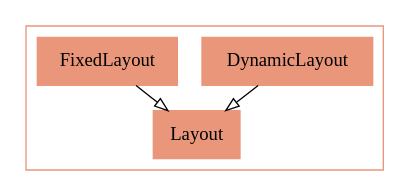
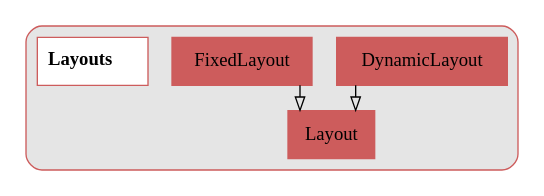
Before and after one commit to UWB-Biocomputing/BrainGrid: the diagram in Tools/DiagramGenerator/ExampleOutputs/dot_subsystems/Layouts.dot, drawn with Graphviz. The commit also changed 28 other files, not shown here.

First line of the commit message:
dotGenerator update, new diagrams

```diff
--- a/Tools/DiagramGenerator/ExampleOutputs/dot_subsystems/Layouts.dot
+++ b/Tools/DiagramGenerator/ExampleOutputs/dot_subsystems/Layouts.dot
@@ -1,31 +1,35 @@
 digraph{
+	 graph [splines=ortho]
 
 	subgraph clusterLayouts {
-		color = darksalmon
-		node [shape = record, color = darksalmon];
+		style = rounded
+		bgcolor = grey90
+		color = indianred
+		node [shape = record, color = indianred];
 
 		DynamicLayout[label = DynamicLayout, style = filled];
 		FixedLayout[label = FixedLayout, style = filled];
 		Layout[label = Layout, style = filled];
+		Layouts[label =< <B> Layouts</B>>, style = bold, fillcolor = white, style = filled];
 
 
 		//------LAYOUT FOR SUBGRAPH------
 
 
 		rankdir = BT; // Rank Direction Bottom to Top
-		nodesep = 0.96; // Node Separation
-		ranksep = 0.96; // Rank Separation
+		nodesep = 1.3; // Node Separation
+		ranksep = 1.3; // Rank Separation
 
 
 		//INHERITANCE//
 
 
 		DynamicLayout -> Layout [arrowhead=empty];
 
 		FixedLayout -> Layout [arrowhead=empty];
 
 
 		//COMPOSITION//
 
 	}//end subgraph Layouts
 }//end digraph
```
